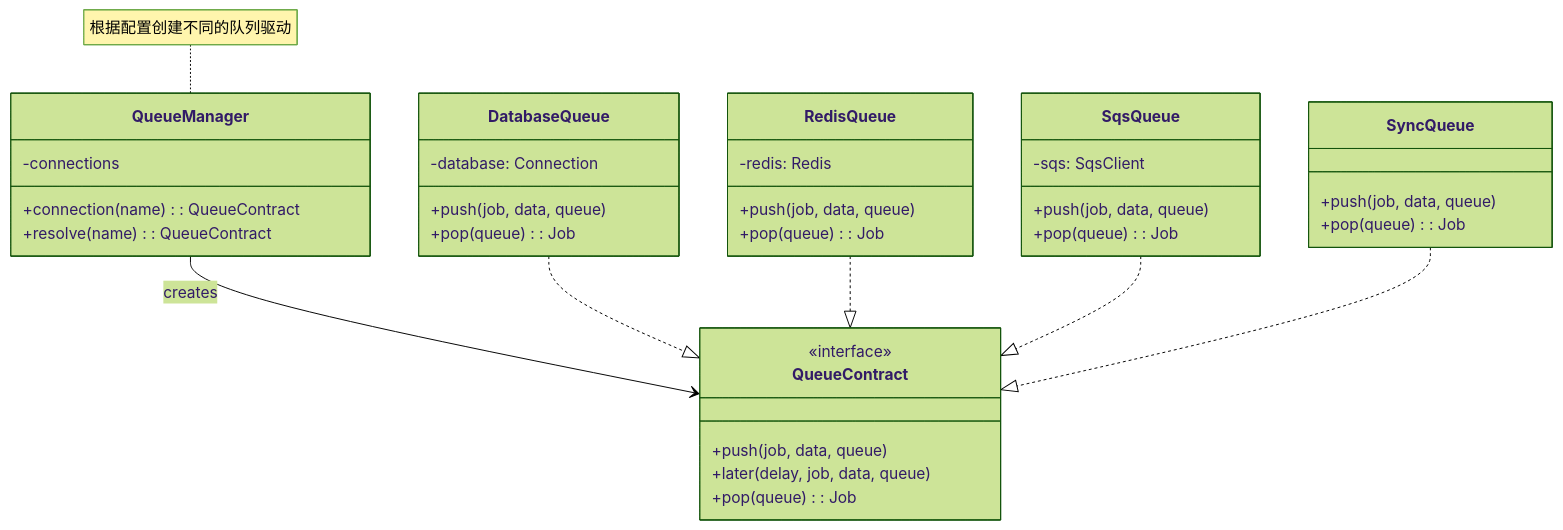
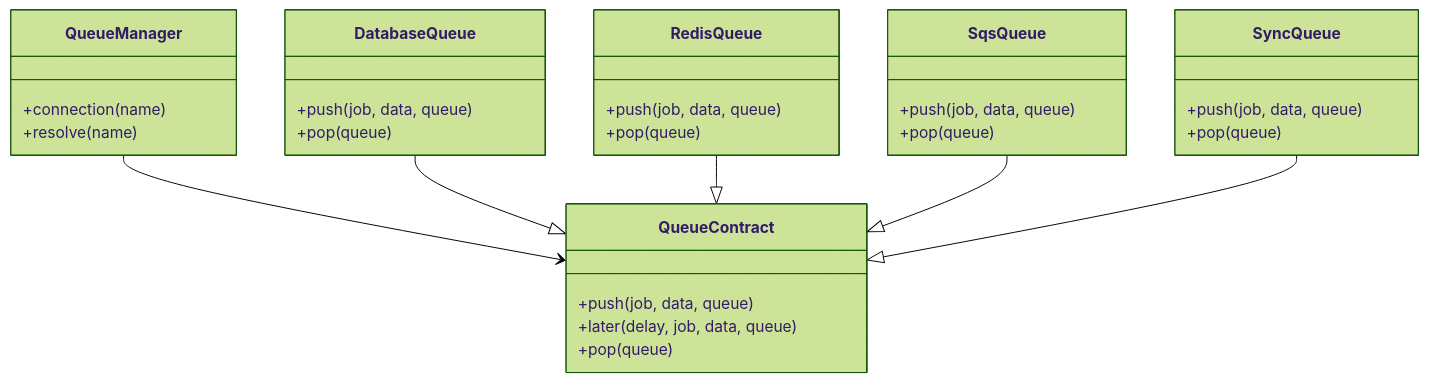
Before and after one commit to fanly/DesignPattern: the fifth of 5 diagrams in resources/design-patterns/laravel/creational/factory_method_zh.md, drawn with Mermaid (forest theme). The commit also changed other lines of this file and 11 other files, not shown here.

````diff
--- a/resources/design-patterns/laravel/creational/factory_method_zh.md
+++ b/resources/design-patterns/laravel/creational/factory_method_zh.md
@@ -147,46 +132,39 @@
 ```mermaid
 classDiagram
     class QueueManager {
-        -connections
-        +connection(name): QueueContract
-        +resolve(name): QueueContract
+        +connection(name)
+        +resolve(name)
     }
     
     class QueueContract {
-        <<interface>>
         +push(job, data, queue)
         +later(delay, job, data, queue)
-        +pop(queue): Job
+        +pop(queue)
     }
     
     class DatabaseQueue {
-        -database: Connection
         +push(job, data, queue)
-        +pop(queue): Job
+        +pop(queue)
     }
     
     class RedisQueue {
-        -redis: Redis
         +push(job, data, queue)
-        +pop(queue): Job
+        +pop(queue)
     }
     
     class SqsQueue {
-        -sqs: SqsClient
         +push(job, data, queue)
-        +pop(queue): Job
+        +pop(queue)
     }
     
     class SyncQueue {
         +push(job, data, queue)
-        +pop(queue): Job
+        +pop(queue)
     }
     
-    QueueManager --> QueueContract : creates
-    DatabaseQueue ..|> QueueContract
-    RedisQueue ..|> QueueContract
-    SqsQueue ..|> QueueContract
-    SyncQueue ..|> QueueContract
-    
-    note for QueueManager "根据配置创建不同的队列驱动"
+    QueueManager --> QueueContract
+    DatabaseQueue --|> QueueContract
+    RedisQueue --|> QueueContract
+    SqsQueue --|> QueueContract
+    SyncQueue --|> QueueContract
 ```
````
